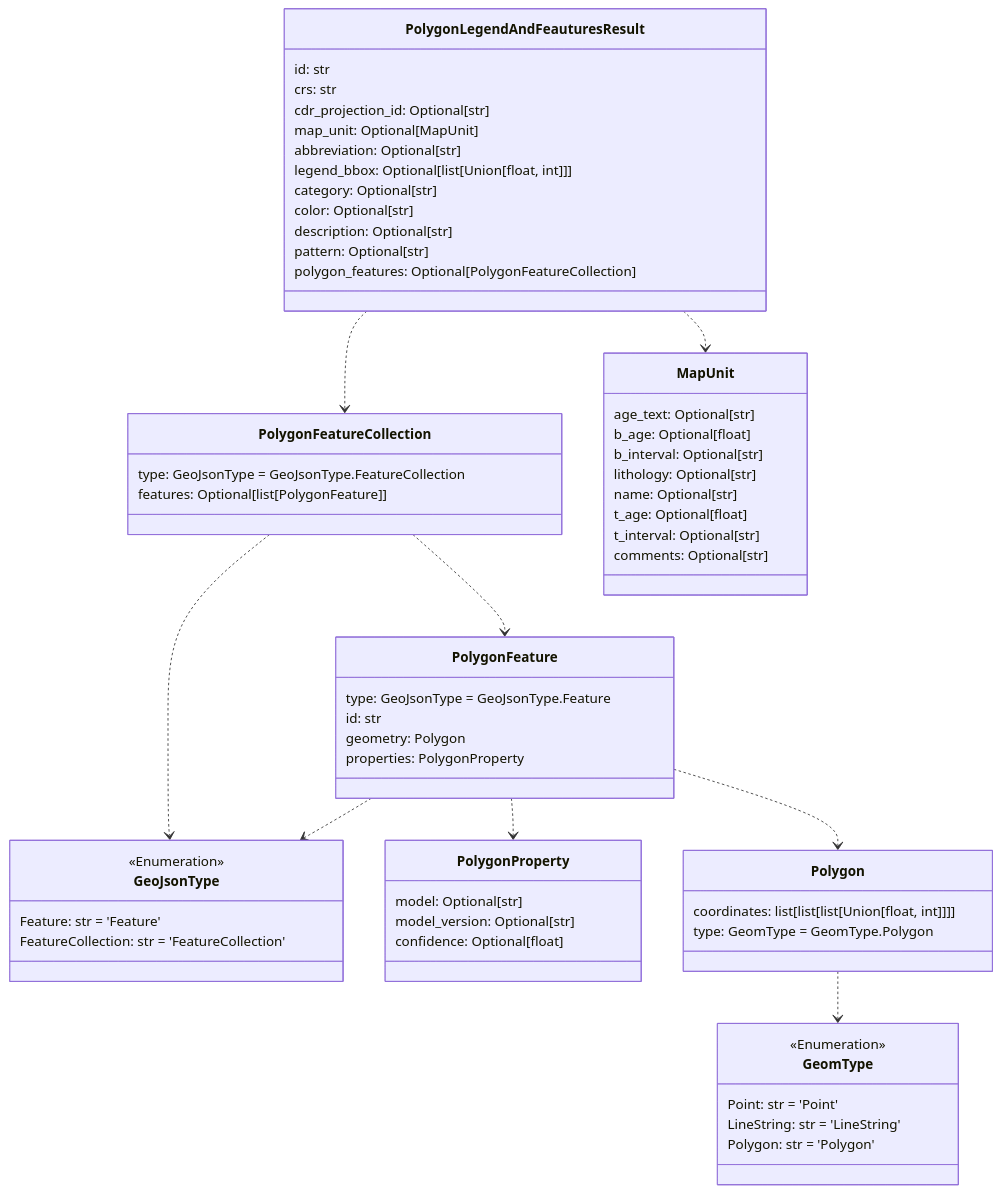
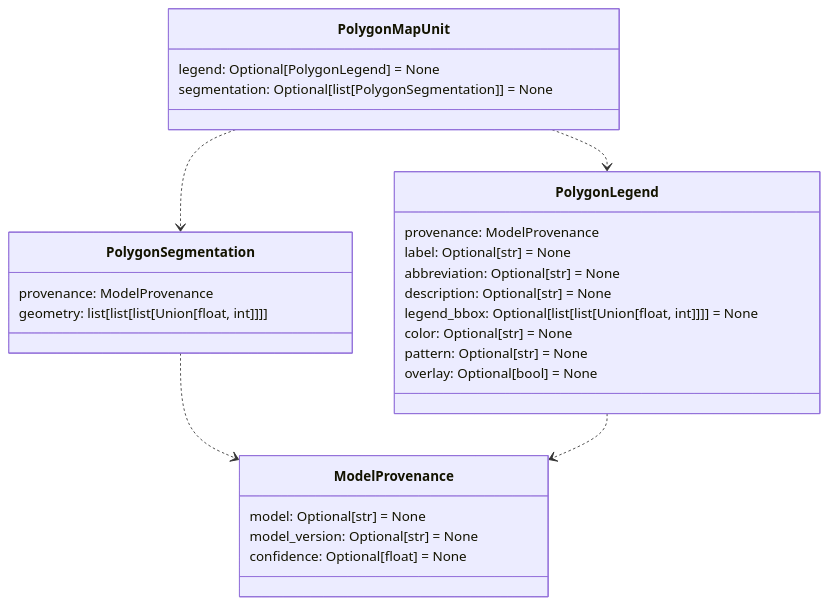
One commit to DARPA-CRITICALMAAS/cdr_schemas changed the seventh of 12 diagrams in README.md. Above: the diagram before and after it, drawn with Mermaid. The commit also changed other lines of this file and 3 other files, not shown here.

````diff
--- a/README.md
+++ b/README.md
@@ -488,75 +479,37 @@
 ```mermaid
 classDiagram
 
-    class GeomType {
-        <<Enumeration>>
-        Point: str = 'Point'
-        LineString: str = 'LineString'
-        Polygon: str = 'Polygon'
+    class PolygonMapUnit {
+        legend: Optional[PolygonLegend] = None
+        segmentation: Optional[list[PolygonSegmentation]] = None
     }
 
-    class PolygonFeature {
-        type: GeoJsonType = GeoJsonType.Feature
-        id: str
-        geometry: Polygon
-        properties: PolygonProperty
+    class PolygonSegmentation {
+        provenance: ModelProvenance
+        geometry: list[list[list[Union[float, int]]]]
     }
 
-    class PolygonLegendAndFeauturesResult {
-        id: str
-        crs: str
-        cdr_projection_id: Optional[str]
-        map_unit: Optional[MapUnit]
-        abbreviation: Optional[str]
-        legend_bbox: Optional[list[Union[float, int]]]
-        category: Optional[str]
-        color: Optional[str]
-        description: Optional[str]
-        pattern: Optional[str]
-        polygon_features: Optional[PolygonFeatureCollection]
+    class PolygonLegend {
+        provenance: ModelProvenance
+        label: Optional[str] = None
+        abbreviation: Optional[str] = None
+        description: Optional[str] = None
+        legend_bbox: Optional[list[list[Union[float, int]]]] = None
+        color: Optional[str] = None
+        pattern: Optional[str] = None
+        overlay: Optional[bool] = None
     }
 
-    class GeoJsonType {
-        <<Enumeration>>
-        Feature: str = 'Feature'
-        FeatureCollection: str = 'FeatureCollection'
+    class ModelProvenance {
+        model: Optional[str] = None
+        model_version: Optional[str] = None
+        confidence: Optional[float] = None
     }
 
-    class PolygonFeatureCollection {
-        type: GeoJsonType = GeoJsonType.FeatureCollection
-        features: Optional[list[PolygonFeature]]
-    }
-
-    class PolygonProperty {
-        model: Optional[str]
-        model_version: Optional[str]
-        confidence: Optional[float]
-    }
-
-    class Polygon {
-        coordinates: list[list[list[Union[float, int]]]]
-        type: GeomType = GeomType.Polygon
-    }
-
-    class MapUnit {
-        age_text: Optional[str]
-        b_age: Optional[float]
-        b_interval: Optional[str]
-        lithology: Optional[str]
-        name: Optional[str]
-        t_age: Optional[float]
-        t_interval: Optional[str]
-        comments: Optional[str]
-    }
-
-    Polygon ..> GeomType
-    PolygonFeature ..> PolygonProperty
-    PolygonFeature ..> GeoJsonType
-    PolygonFeature ..> Polygon
-    PolygonFeatureCollection ..> GeoJsonType
-    PolygonFeatureCollection ..> PolygonFeature
-    PolygonLegendAndFeauturesResult ..> PolygonFeatureCollection
-    PolygonLegendAndFeauturesResult ..> MapUnit
+    PolygonSegmentation ..> ModelProvenance
+    PolygonLegend ..> ModelProvenance
+    PolygonMapUnit ..> PolygonSegmentation
+    PolygonMapUnit ..> PolygonLegend
 
 
 ```
````
